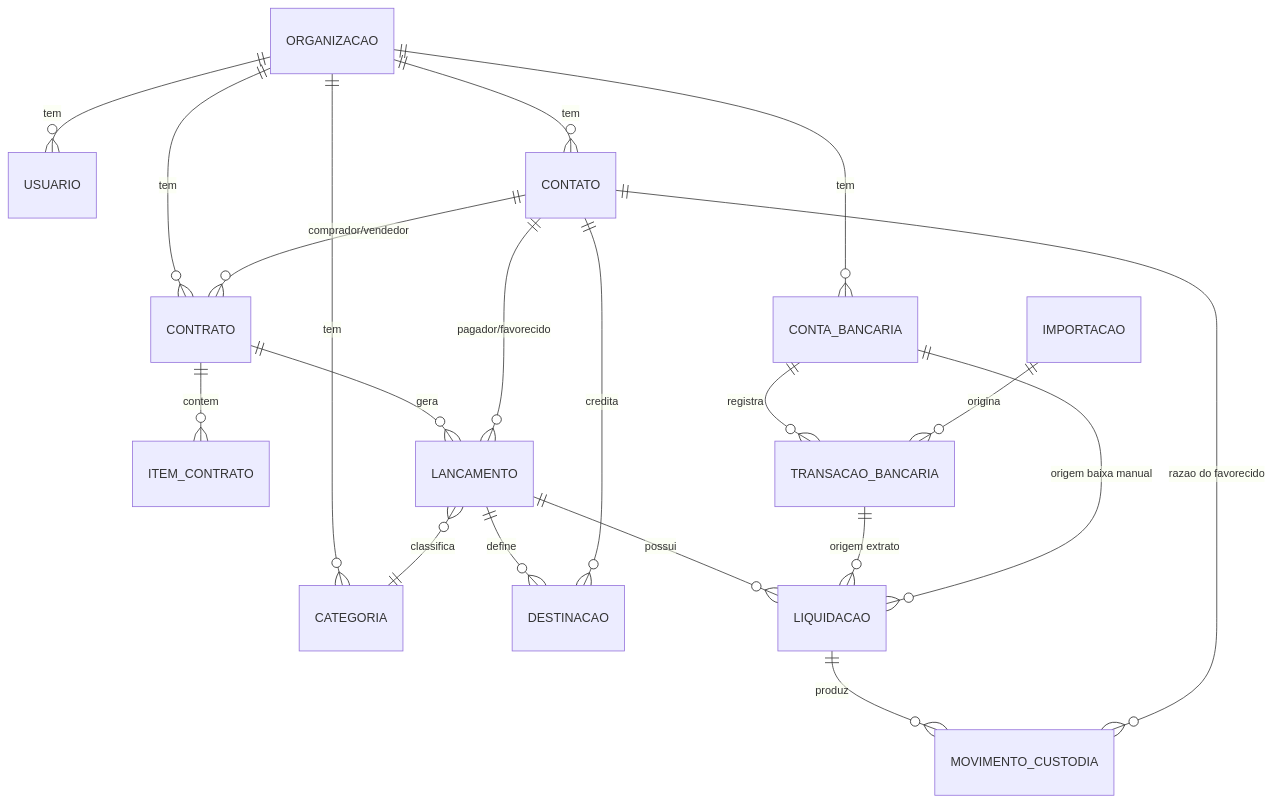
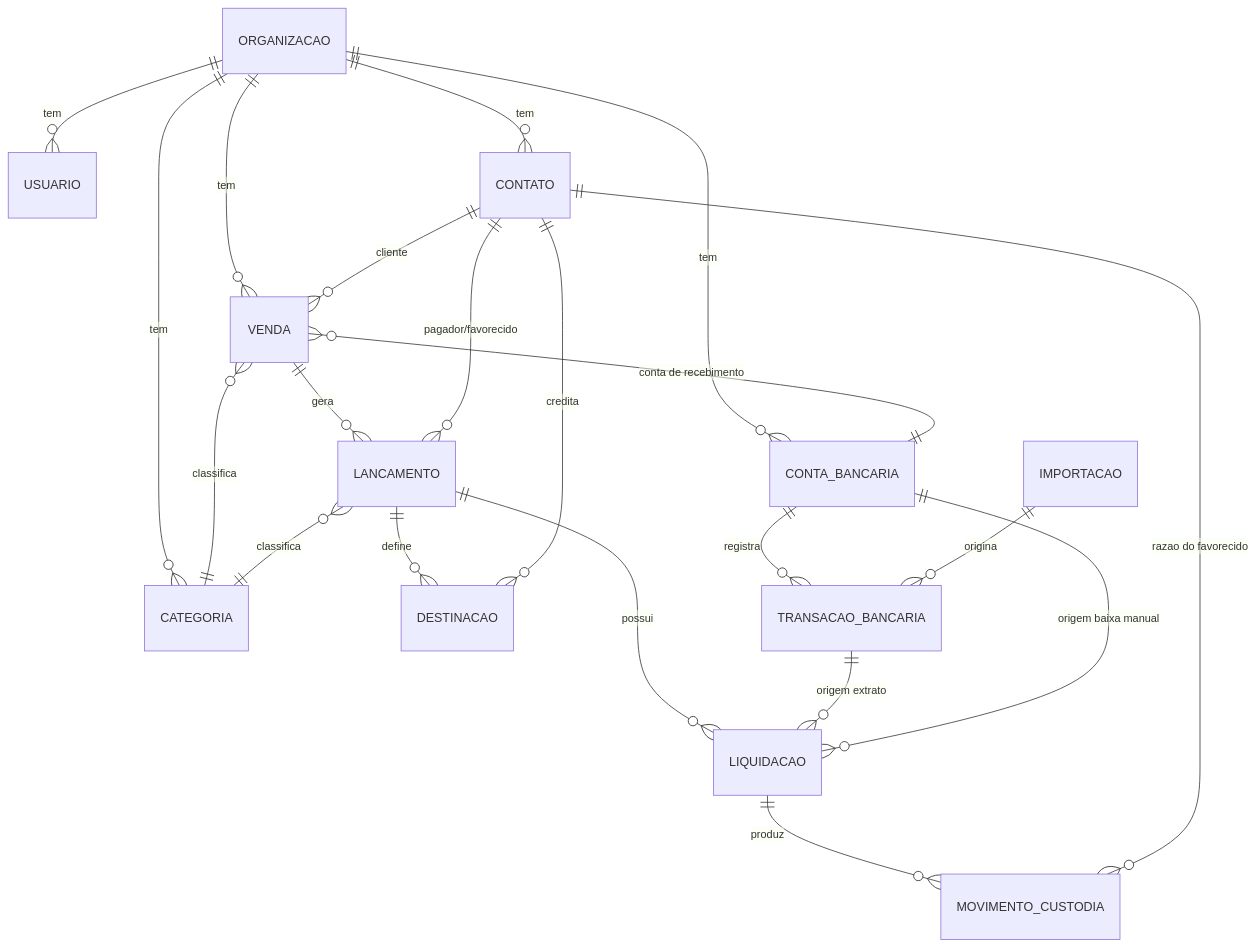
The diagram in ARQUITETURA.md (RafaRafa26/capi), drawn with Mermaid before and after one commit. The commit also changed other lines of this file and 140 other files, not shown here.

````diff
--- a/ARQUITETURA.md
+++ b/ARQUITETURA.md
@@ -131,27 +131,28 @@
 ```mermaid
 erDiagram
     ORGANIZACAO ||--o{ USUARIO : tem
     ORGANIZACAO ||--o{ CONTATO : tem
     ORGANIZACAO ||--o{ CONTA_BANCARIA : tem
     ORGANIZACAO ||--o{ CATEGORIA : tem
-    ORGANIZACAO ||--o{ CONTRATO : tem
+    ORGANIZACAO ||--o{ VENDA : tem
 
-    CONTRATO ||--o{ ITEM_CONTRATO : contem
-    CONTRATO ||--o{ LANCAMENTO : gera
-    CONTATO ||--o{ CONTRATO : "comprador/vendedor"
+    VENDA ||--o{ LANCAMENTO : gera
+    VENDA }o--|| CATEGORIA : classifica
+    VENDA }o--|| CONTA_BANCARIA : "conta de recebimento"
+    CONTATO ||--o{ VENDA : cliente
 
     LANCAMENTO ||--o{ DESTINACAO : define
     LANCAMENTO ||--o{ LIQUIDACAO : possui
     LANCAMENTO }o--|| CATEGORIA : classifica
     LANCAMENTO }o--|| CONTATO : "pagador/favorecido"
 
     DESTINACAO }o--|| CONTATO : credita
 
     CONTA_BANCARIA ||--o{ TRANSACAO_BANCARIA : registra
     IMPORTACAO ||--o{ TRANSACAO_BANCARIA : origina
     TRANSACAO_BANCARIA ||--o{ LIQUIDACAO : "origem extrato"
     CONTA_BANCARIA ||--o{ LIQUIDACAO : "origem baixa manual"
 
     LIQUIDACAO ||--o{ MOVIMENTO_CUSTODIA : produz
     CONTATO ||--o{ MOVIMENTO_CUSTODIA : "razao do favorecido"
 ```
````
